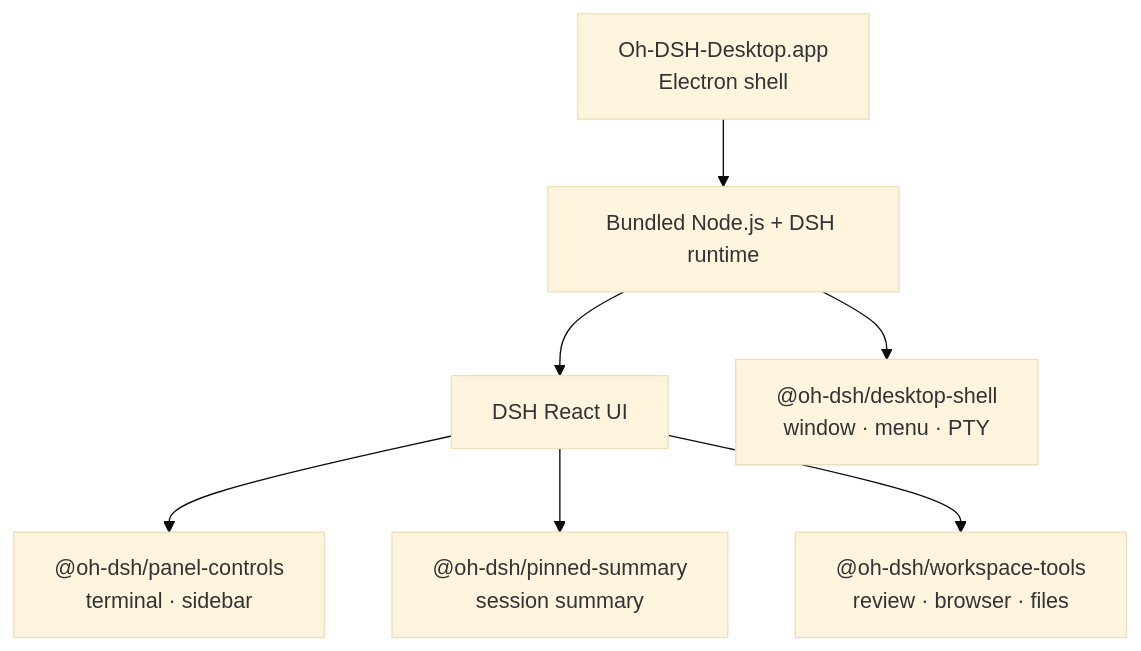
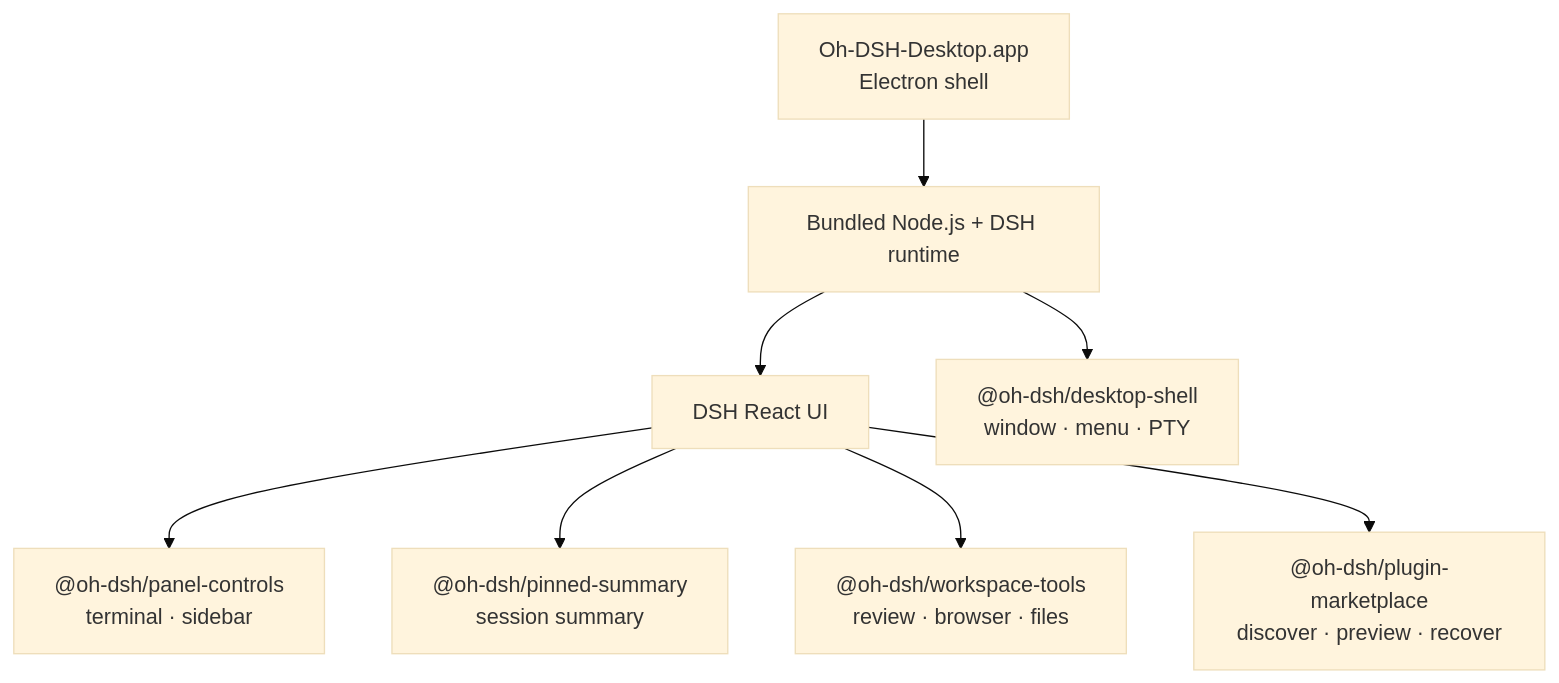
Before and after one commit to 7oMB2006/oh-dsh: the diagram in README.en.md, drawn with Mermaid (base theme). The commit also changed other lines of this file and 1 other file, not shown here.

First line of the commit message:
docs: document marketplace and live locale

````diff
--- a/README.en.md
+++ b/README.en.md
@@ -135,17 +137,19 @@
 ```mermaid
 flowchart TB
   App["Oh-DSH-Desktop.app<br/>Electron shell"]
   Runtime["Bundled Node.js + DSH runtime"]
   UI["DSH React UI"]
   Shell["@oh-dsh/desktop-shell<br/>window · menu · PTY"]
   Panels["@oh-dsh/panel-controls<br/>terminal · sidebar"]
   Summary["@oh-dsh/pinned-summary<br/>session summary"]
   Tools["@oh-dsh/workspace-tools<br/>review · browser · files"]
+  Market["@oh-dsh/plugin-marketplace<br/>discover · preview · recover"]
 
   App --> Runtime
   Runtime --> UI
   Runtime --> Shell
   UI --> Panels
   UI --> Summary
   UI --> Tools
+  UI --> Market
 ```
````
